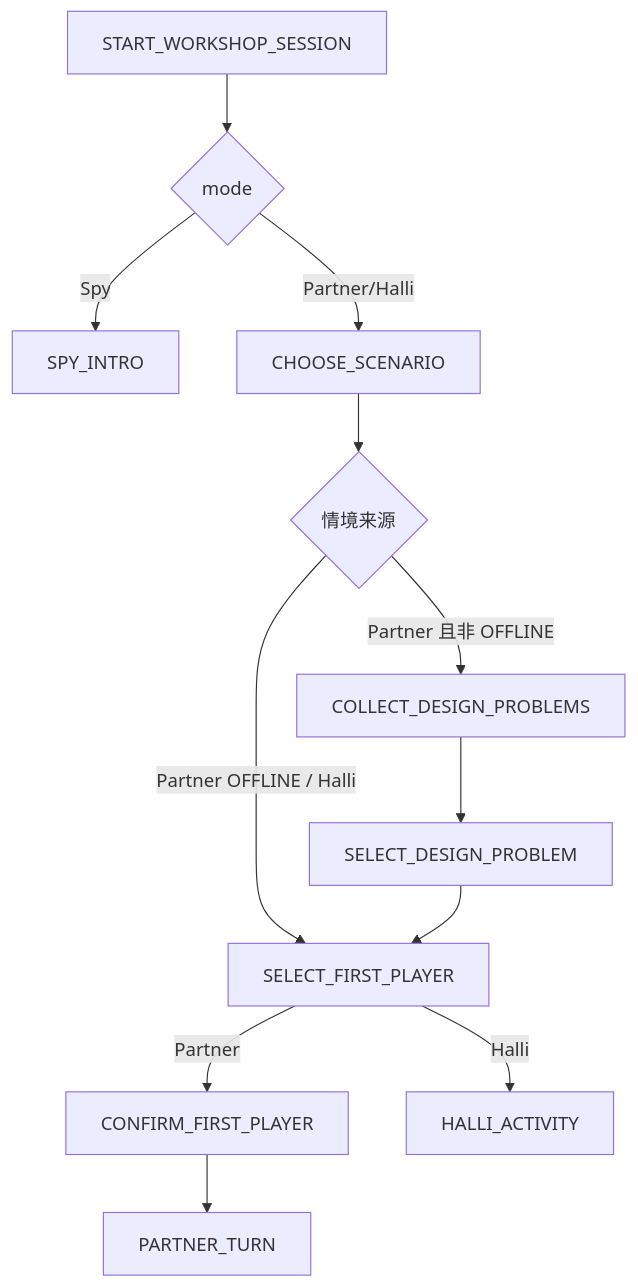
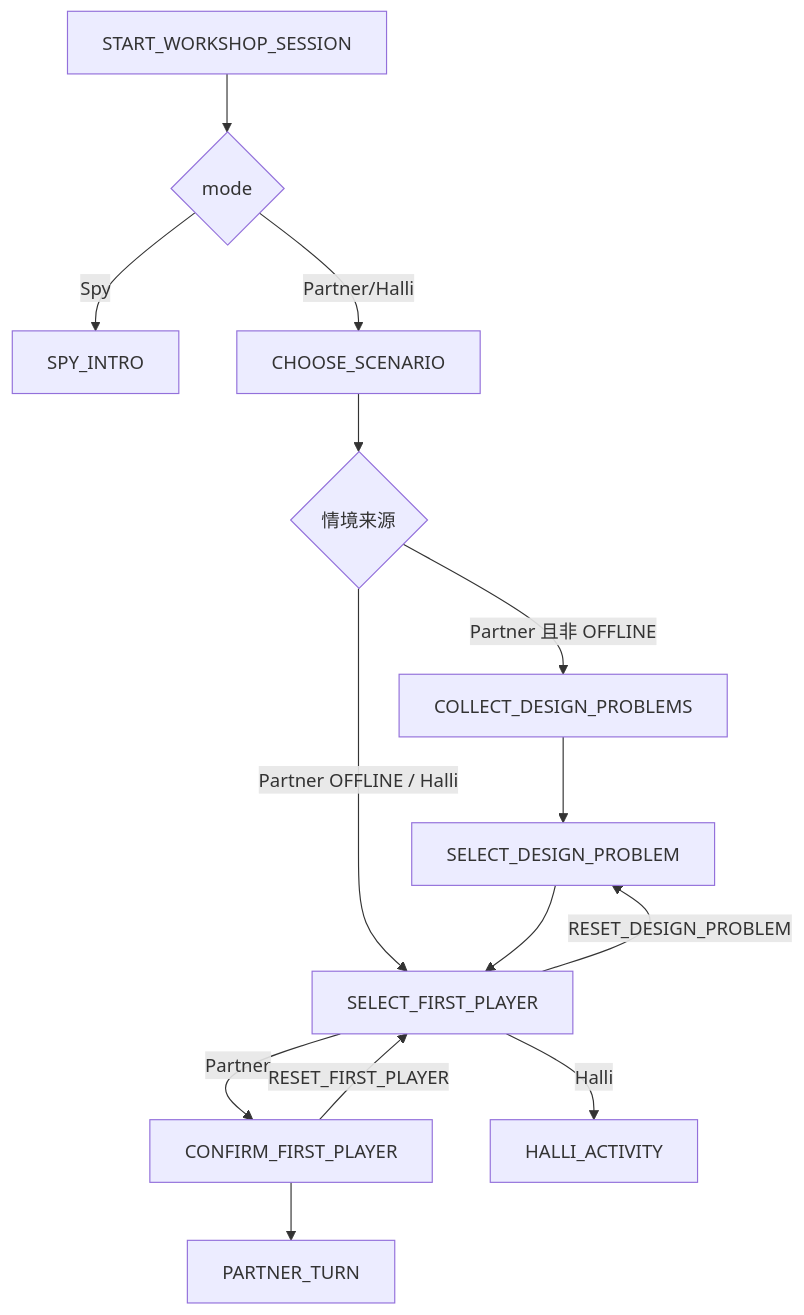
Diagram 13 of 21 in docs/ROOM_PROTOCOL_V3_IMPLEMENTATION.md (Bubble-419/cardboard-miniprogram), drawn with Mermaid before and after one commit. The commit also changed other lines of this file and 43 other files, not shown here.

````diff
--- a/docs/ROOM_PROTOCOL_V3_IMPLEMENTATION.md
+++ b/docs/ROOM_PROTOCOL_V3_IMPLEMENTATION.md
@@ -380,14 +380,16 @@
 ```mermaid
 flowchart TD
   START[START_WORKSHOP_SESSION] --> MODE{mode}
   MODE -->|Spy| SI[SPY_INTRO]
   MODE -->|Partner/Halli| CS[CHOOSE_SCENARIO]
   CS --> SRC{情境来源}
   SRC -->|Partner 且非 OFFLINE| COLLECT[COLLECT_DESIGN_PROBLEMS]
   COLLECT --> SELECT[SELECT_DESIGN_PROBLEM]
   SRC -->|Partner OFFLINE / Halli| FIRST[SELECT_FIRST_PLAYER]
   SELECT --> FIRST
+  FIRST -->|RESET_DESIGN_PROBLEM| SELECT
   FIRST -->|Partner| CONFIRM[CONFIRM_FIRST_PLAYER]
+  CONFIRM -->|RESET_FIRST_PLAYER| FIRST
   FIRST -->|Halli| HA[HALLI_ACTIVITY]
   CONFIRM --> PT[PARTNER_TURN]
 ```
````
